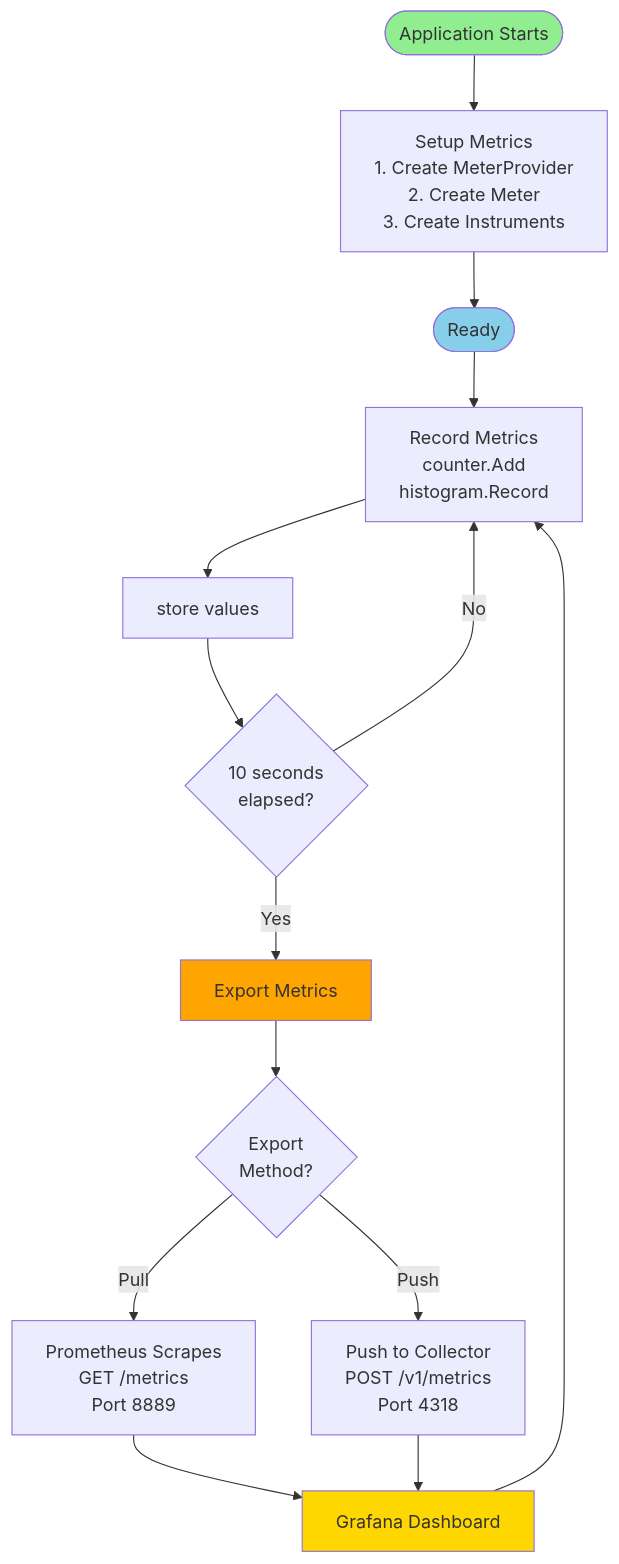
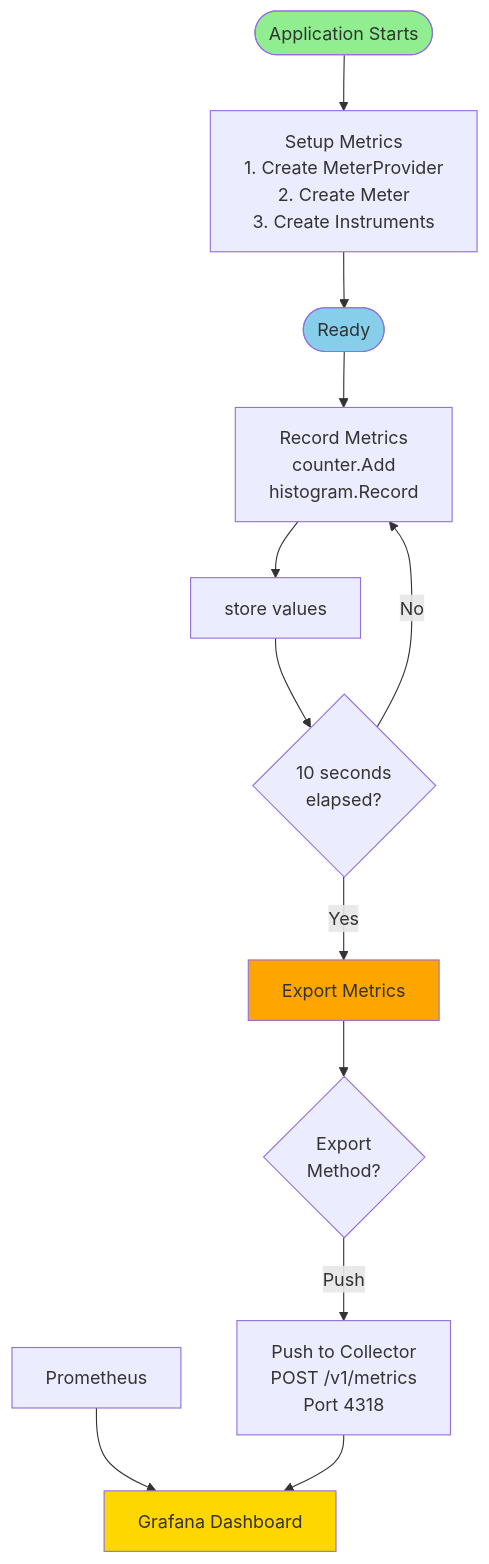
One commit to rdkcentral/tr69hostif changed the diagram in metrics.md. Above: the diagram before and after it, drawn with Mermaid.

Commit message:
Instrument metrics

````diff
--- a/metrics.md
+++ b/metrics.md
@@ -1,33 +1,29 @@
 ```mermaid
 flowchart TB
     Start([Application Starts]) --> Setup[Setup Metrics<br/>1. Create MeterProvider<br/>2. Create Meter<br/>3. Create Instruments]
     
     Setup --> Ready([Ready])
     
     Ready --> Record[Record Metrics<br/>counter.Add<br/>histogram.Record]
     
     Record --> Memory[store values]
     
     Memory --> Timer{10 seconds<br/>elapsed?}
     
     Timer -->|No| Record
     
     Timer -->|Yes| Export[Export Metrics]
     
     Export --> Method{Export<br/>Method?}
     
-    Method -->|Pull| Prometheus[Prometheus Scrapes<br/>GET /metrics<br/>Port 8889]
-    
     Method -->|Push| Collector[Push to Collector<br/>POST /v1/metrics<br/>Port 4318]
     
     Prometheus --> Visualize[Grafana Dashboard]
     Collector --> Visualize
-    
-    Visualize --> Record
     
     style Start fill:#90EE90
     style Ready fill:#87CEEB
     style Export fill:#FFA500
     style Visualize fill:#FFD700
 
 ```
````
